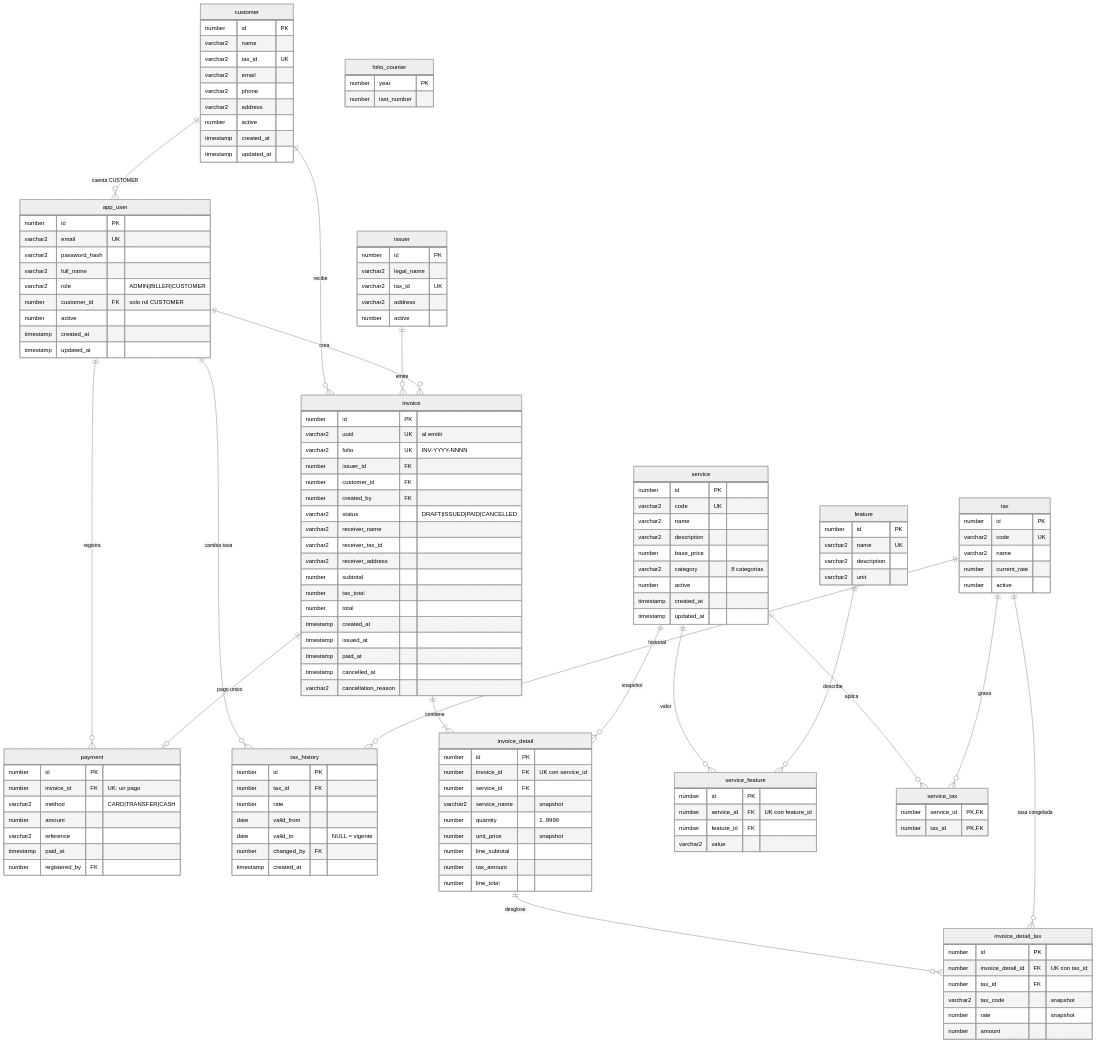
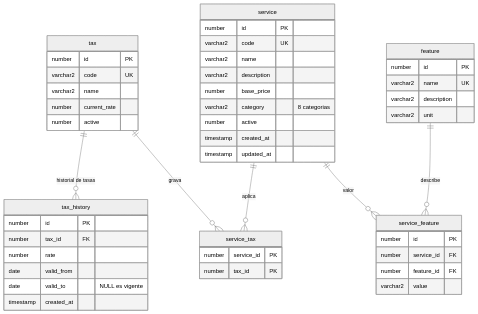
The diagram in avance-1/Diagramas/DER-oracle.md (getsai18/optativateam), drawn with Mermaid (neutral theme) before and after one commit. The commit also changed other lines of this file and 4 other files, not shown here.

````diff
--- a/avance-1/Diagramas/DER-oracle.md
+++ b/avance-1/Diagramas/DER-oracle.md
@@ -6,51 +6,11 @@
 ```mermaid
 erDiagram
-    customer ||--o{ app_user : "cuenta CUSTOMER"
-    customer ||--o{ invoice : "recibe"
-    issuer ||--o{ invoice : "emite"
-    app_user ||--o{ invoice : "crea"
-    app_user ||--o{ payment : "registra"
-    app_user ||--o{ tax_history : "cambia tasa"
-    invoice ||--|{ invoice_detail : "contiene"
-    invoice ||--o| payment : "pago unico"
-    service ||--o{ invoice_detail : "snapshot"
-    invoice_detail ||--o{ invoice_detail_tax : "desglose"
-    tax ||--o{ invoice_detail_tax : "tasa congelada"
+    tax ||--o{ tax_history : "historial de tasas"
+    tax ||--o{ service_tax : "grava"
+    service ||--o{ service_tax : "aplica"
     service ||--o{ service_feature : "valor"
     feature ||--o{ service_feature : "describe"
-    service ||--o{ service_tax : "aplica"
-    tax ||--o{ service_tax : "grava"
-    tax ||--o{ tax_history : "historial"
 
-    customer {
-        number id PK
-        varchar2 name
-        varchar2 tax_id UK
-        varchar2 email
-        varchar2 phone
-        varchar2 address
-        number active
-        timestamp created_at
-        timestamp updated_at
-    }
-    app_user {
-        number id PK
-        varchar2 email UK
-        varchar2 password_hash
-        varchar2 full_name
-        varchar2 role "ADMIN|BILLER|CUSTOMER"
-        number customer_id FK "solo rol CUSTOMER"
-        number active
-        timestamp created_at
-        timestamp updated_at
-    }
-    issuer {
-        number id PK
-        varchar2 legal_name
-        varchar2 tax_id UK
-        varchar2 address
-        number active
-    }
     tax {
         number id PK
         varchar2 code UK
@@ -63,8 +23,7 @@
         number tax_id FK
         number rate
         date valid_from
-        date valid_to "NULL = vigente"
-        number changed_by FK
+        date valid_to "NULL es vigente"
         timestamp created_at
     }
     service {
@@ -86,64 +45,12 @@
     }
     service_feature {
         number id PK
-        number service_id FK "UK con feature_id"
+        number service_id FK
         number feature_id FK
         varchar2 value
     }
     service_tax {
-        number service_id PK,FK
-        number tax_id PK,FK
-    }
-    invoice {
-        number id PK
-        varchar2 uuid UK "al emitir"
-        varchar2 folio UK "INV-YYYY-NNNN"
-        number issuer_id FK
-        number customer_id FK
-        number created_by FK
-        varchar2 status "DRAFT|ISSUED|PAID|CANCELLED"
-        varchar2 receiver_name
-        varchar2 receiver_tax_id
-        varchar2 receiver_address
-        number subtotal
-        number tax_total
-        number total
-        timestamp created_at
-        timestamp issued_at
-        timestamp paid_at
-        timestamp cancelled_at
-        varchar2 cancellation_reason
-    }
-    invoice_detail {
-        number id PK
-        number invoice_id FK "UK con service_id"
-        number service_id FK
-        varchar2 service_name "snapshot"
-        number quantity "1..9999"
-        number unit_price "snapshot"
-        number line_subtotal
-        number tax_amount
-        number line_total
-    }
-    invoice_detail_tax {
-        number id PK
-        number invoice_detail_id FK "UK con tax_id"
-        number tax_id FK
-        varchar2 tax_code "snapshot"
-        number rate "snapshot"
-        number amount
-    }
-    folio_counter {
-        number year PK
-        number last_number
-    }
-    payment {
-        number id PK
-        number invoice_id FK "UK: un pago"
-        varchar2 method "CARD|TRANSFER|CASH"
-        number amount
-        varchar2 reference
-        timestamp paid_at
-        number registered_by FK
+        number service_id PK
+        number tax_id PK
     }
 ```
````
